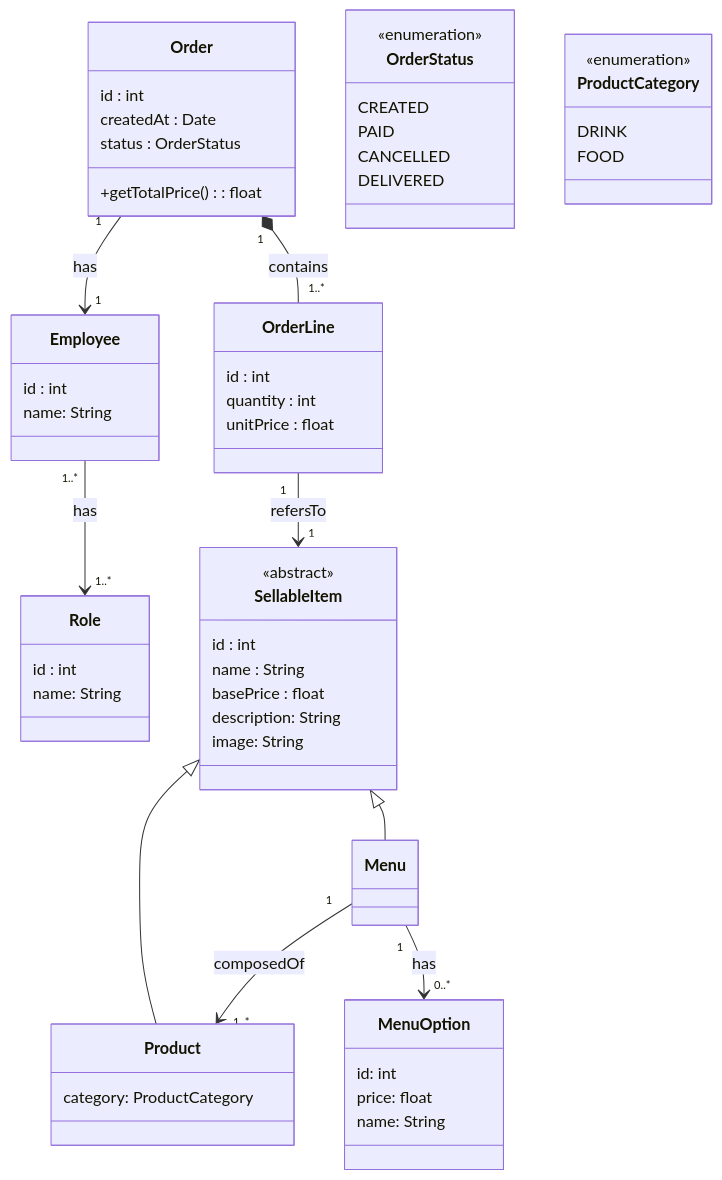
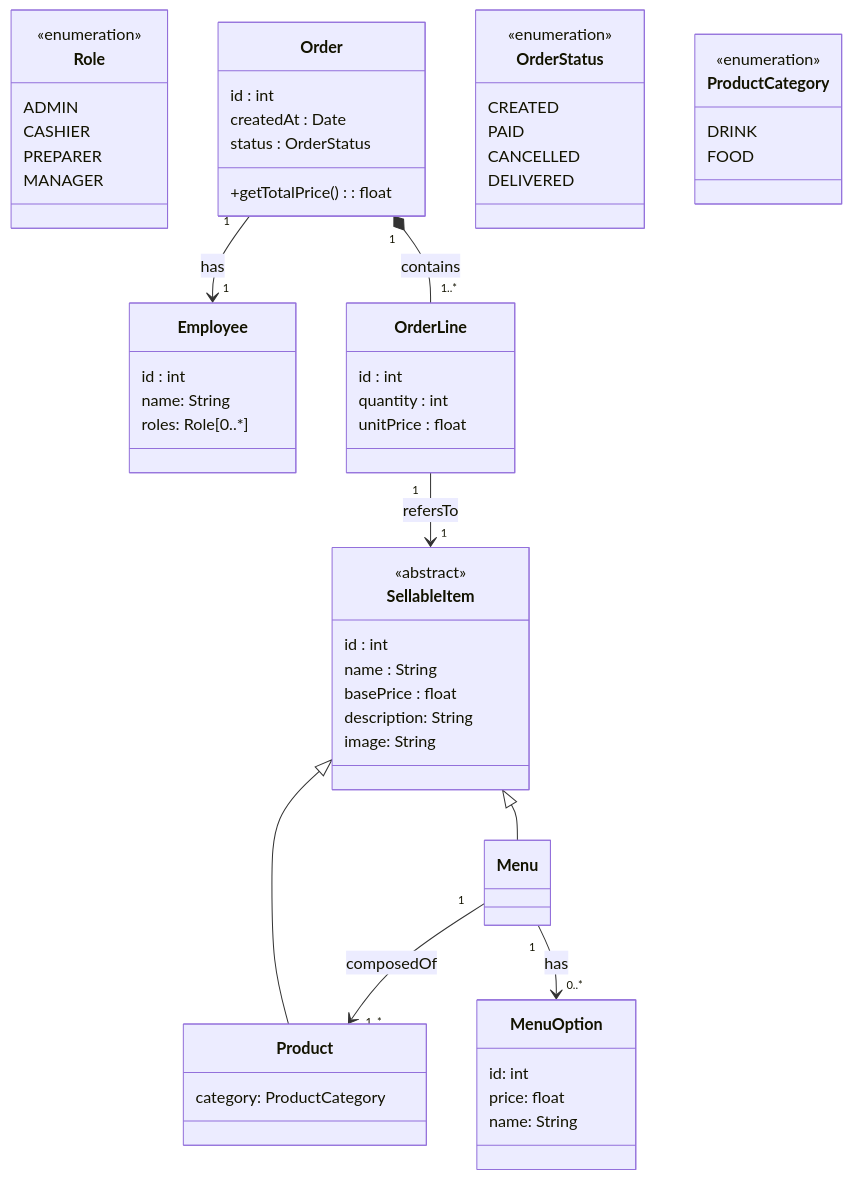
One commit to Keenegan/wackdo changed the diagram in docs/CLASS-DIAGRAM.md. Above: the diagram before and after it, drawn with Mermaid.

Commit message:
fix: update class diagram

````diff
--- a/docs/CLASS-DIAGRAM.md
+++ b/docs/CLASS-DIAGRAM.md
@@ -1,72 +1,75 @@
 ```mermaid
 classDiagram
 
     class Employee {
         id : int
         name: String
+        roles: Role[0..*]
     }
 
     class Role {
-        id : int
-        name: String
+        <<enumeration>>
+        ADMIN
+        CASHIER
+        PREPARER
+        MANAGER
     }
 
     class Order {
         id : int
         createdAt : Date
         status : OrderStatus
         +getTotalPrice(): float
     }
 
     class OrderStatus {
         <<enumeration>>
         CREATED
         PAID
         CANCELLED
         DELIVERED
     }
 
     class OrderLine {
         id : int
         quantity : int
         unitPrice : float
     }
 
     class SellableItem {
         <<abstract>>
         id : int
         name : String
         basePrice : float
         description: String
         image: String
     }
 
     class Product {
         category: ProductCategory
     }
 
     class ProductCategory {
         <<enumeration>>
         DRINK
         FOOD
     }
 
     class Menu {
     }
 
     class MenuOption {
         id: int
         price:  float
         name: String
     }
 
     SellableItem <|-- Product
     SellableItem <|-- Menu
 
     Order "1" *-- "1..*" OrderLine : contains
     OrderLine "1" --> "1" SellableItem : refersTo
-    Employee "1..*" --> "1..*" Role : has
     Order "1" --> "1" Employee : has
     Menu "1" --> "1..*" Product : composedOf
     Menu "1" --> "0..*" MenuOption: has
 ```
````
